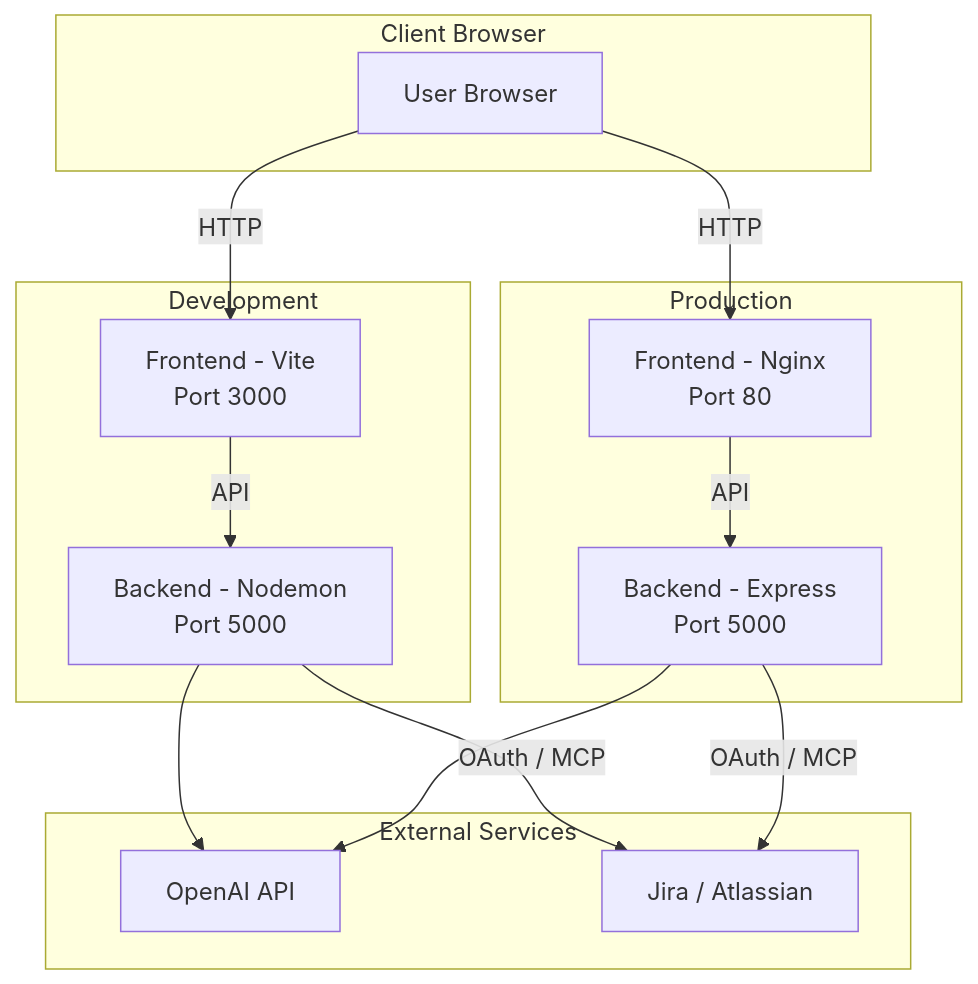
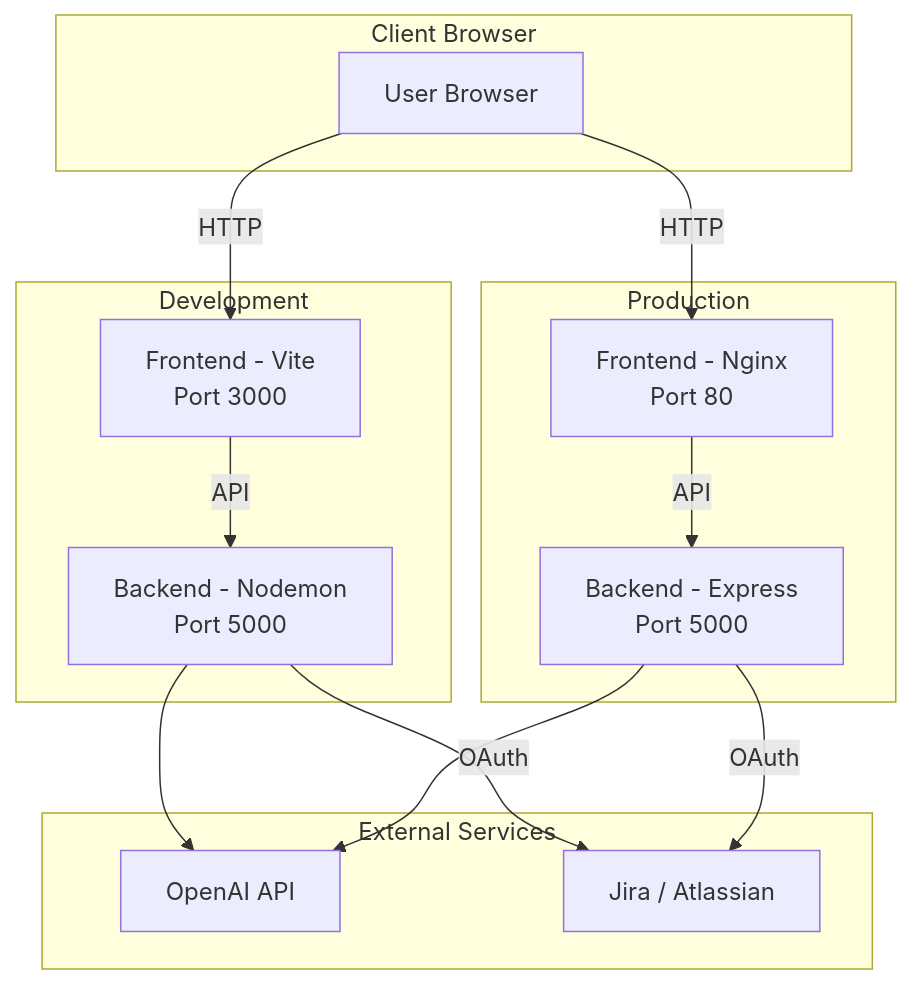
Before and after one commit to amirhosseindz/task-generator: the diagram in README.md, drawn with Mermaid.

Commit message:
Update README.md to clarify OAuth integration with JIRA
- Modified the diagram in README.md to reflect the updated OAuth integration, removing the reference to MCP for both development and production environments.
- This change enhances clarity regarding the authentication flow with JIRA.

````diff
--- a/README.md
+++ b/README.md
@@ -20,30 +20,30 @@
 ```mermaid
 graph TB
     subgraph client[Client Browser]
         BROWSER[User Browser]
     end
 
     subgraph dev[Development]
         FE_DEV[Frontend - Vite<br/>Port 3000]
         BE_DEV[Backend - Nodemon<br/>Port 5000]
     end
 
     subgraph prod[Production]
         FE_PROD[Frontend - Nginx<br/>Port 80]
         BE_PROD[Backend - Express<br/>Port 5000]
     end
 
     subgraph external[External Services]
         OPENAI[OpenAI API]
         JIRA[Jira / Atlassian]
     end
 
     BROWSER -->|HTTP| FE_DEV
     BROWSER -->|HTTP| FE_PROD
     FE_DEV -->|API| BE_DEV
     FE_PROD -->|API| BE_PROD
     BE_DEV --> OPENAI
     BE_PROD --> OPENAI
-    BE_DEV -->|OAuth / MCP| JIRA
-    BE_PROD -->|OAuth / MCP| JIRA
+    BE_DEV -->|OAuth| JIRA
+    BE_PROD -->|OAuth| JIRA
 ```
````
